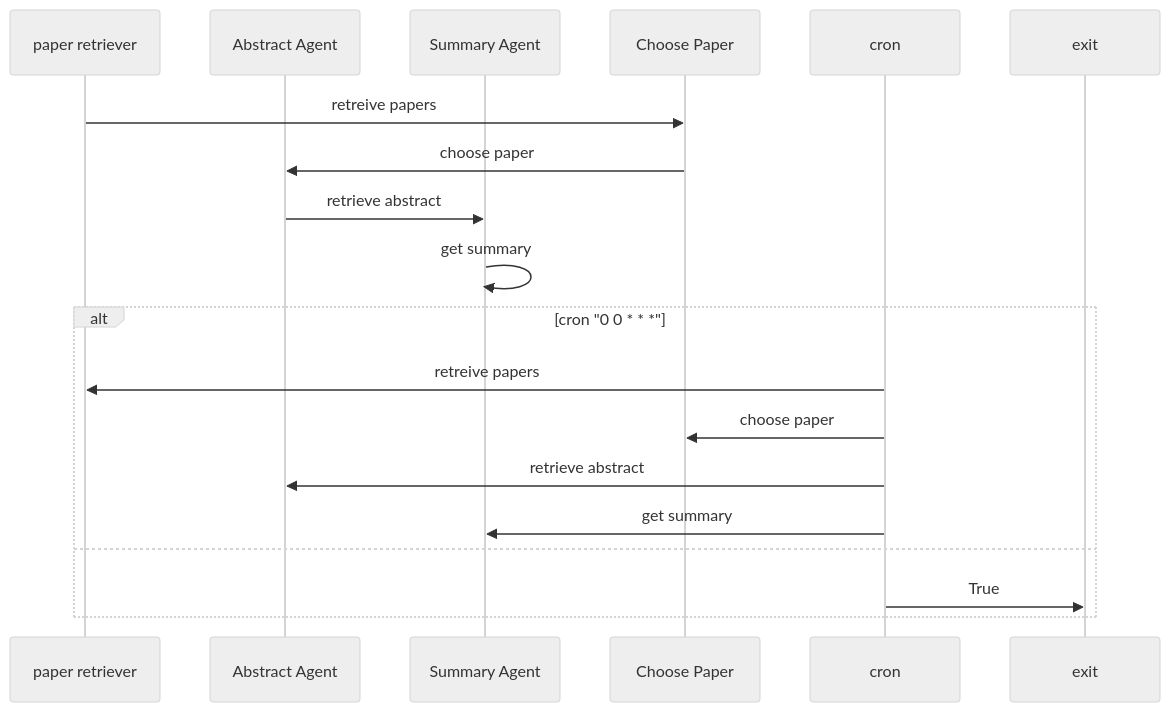
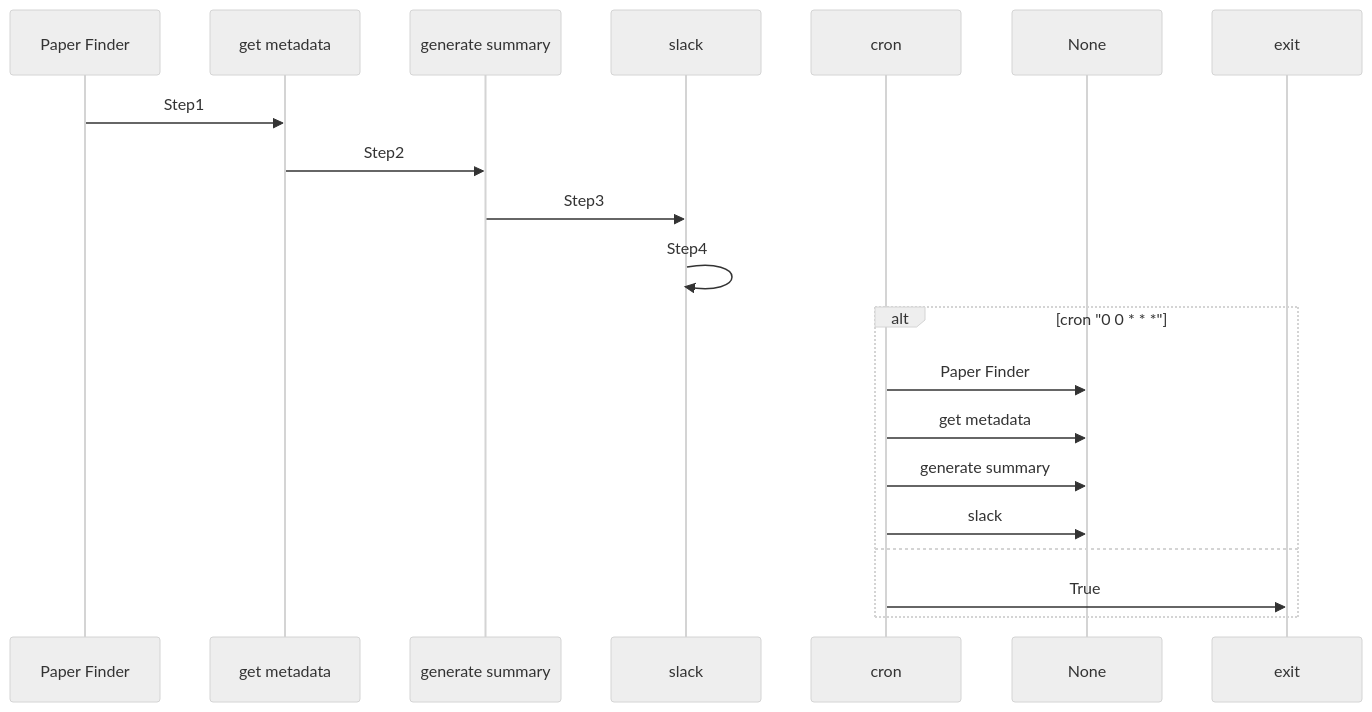
Before and after one commit to maximilien/maestro: the diagram in maestro/demos/workflows/summary.ai/README.md, drawn with Mermaid (neutral theme). The commit also changed other lines of this file and 3 other files, not shown here.

````diff
--- a/maestro/demos/workflows/summary.ai/README.md
+++ b/maestro/demos/workflows/summary.ai/README.md
@@ -8,19 +8,19 @@
 ```mermaid
 sequenceDiagram
-participant paper retriever
-participant Abstract Agent
-participant Summary Agent
-participant Choose Paper
-paper retriever->>Choose Paper: retreive papers
-Choose Paper->>Abstract Agent: choose paper
-Abstract Agent->>Summary Agent: retrieve abstract
-Summary Agent->>Summary Agent: get summary
+participant Paper Finder
+participant get metadata
+participant generate summary
+participant slack
+Paper Finder->>get metadata: Step1
+get metadata->>generate summary: Step2
+generate summary->>slack: Step3
+slack->>slack: Step4
 alt cron "0 0 * * *"
-  cron->>paper retriever: retreive papers
-  cron->>Choose Paper: choose paper
-  cron->>Abstract Agent: retrieve abstract
-  cron->>Summary Agent: get summary
+  cron->>None: Paper Finder
+  cron->>None: get metadata
+  cron->>None: generate summary
+  cron->>None: slack
 else
   cron->>exit: True
 end
 ```
````
